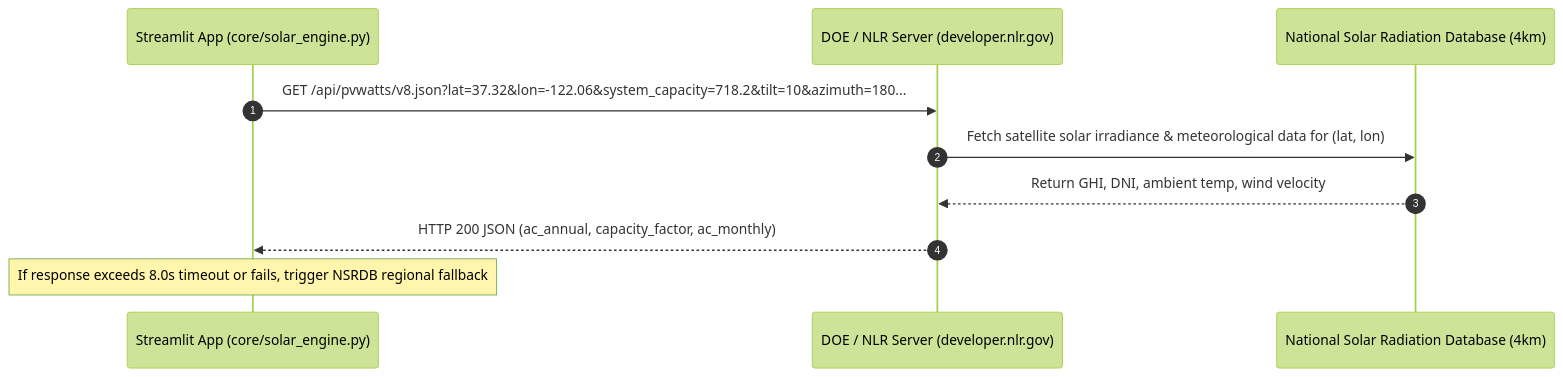
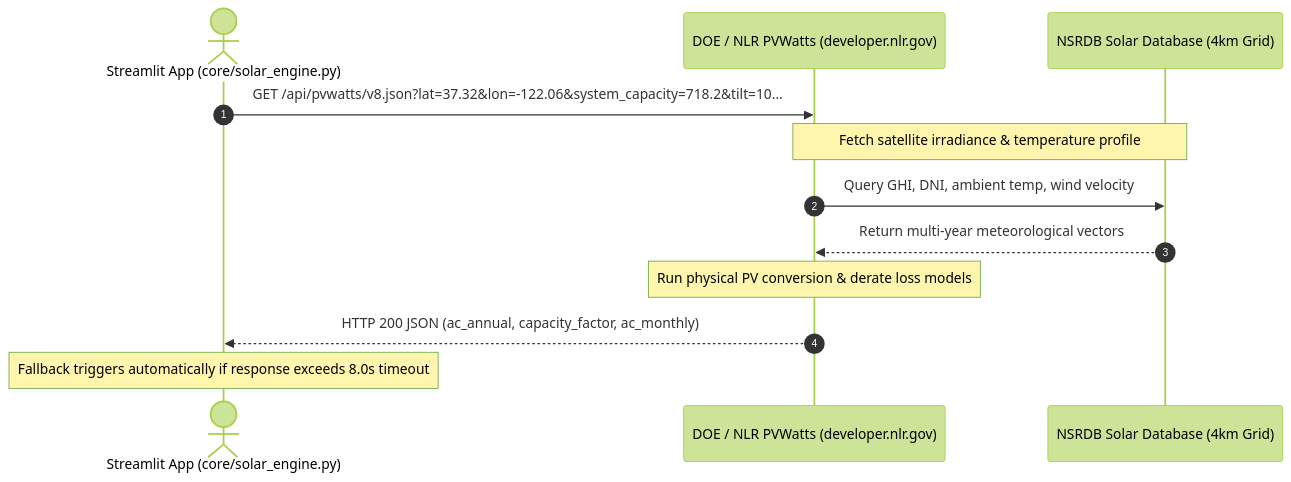
The third of 3 diagrams in DetailedDesignDocument.md (pranav-balaji/svyca2026), drawn with Mermaid (forest theme) before and after one commit. The commit also changed other lines of this file and 5 other files, not shown here.

Commit message:
Add colorful styles to Mermaid diagrams and generate DetailedDesignDocument.docx

````diff
--- a/DetailedDesignDocument.md
+++ b/DetailedDesignDocument.md
@@ -99,13 +118,15 @@
 ```mermaid
 sequenceDiagram
     autonumber
-    participant App as Streamlit App (core/solar_engine.py)
-    participant NLR as DOE / NLR Server (developer.nlr.gov)
-    participant NSRDB as National Solar Radiation Database (4km)
+    actor App as Streamlit App (core/solar_engine.py)
+    participant NLR as DOE / NLR PVWatts (developer.nlr.gov)
+    participant NSRDB as NSRDB Solar Database (4km Grid)
 
-    App->>NLR: GET /api/pvwatts/v8.json?lat=37.32&lon=-122.06&system_capacity=718.2&tilt=10&azimuth=180...
-    NLR->>NSRDB: Fetch satellite solar irradiance & meteorological data for (lat, lon)
-    NSRDB-->>NLR: Return GHI, DNI, ambient temp, wind velocity
+    App->>NLR: GET /api/pvwatts/v8.json?lat=37.32&lon=-122.06&system_capacity=718.2&tilt=10...
+    Note over NLR,NSRDB: Fetch satellite irradiance & temperature profile
+    NLR->>NSRDB: Query GHI, DNI, ambient temp, wind velocity
+    NSRDB-->>NLR: Return multi-year meteorological vectors
+    Note over NLR: Run physical PV conversion & derate loss models
     NLR-->>App: HTTP 200 JSON (ac_annual, capacity_factor, ac_monthly)
-    Note over App: If response exceeds 8.0s timeout or fails, trigger NSRDB regional fallback
+    Note over App: Fallback triggers automatically if response exceeds 8.0s timeout
 ```
````
